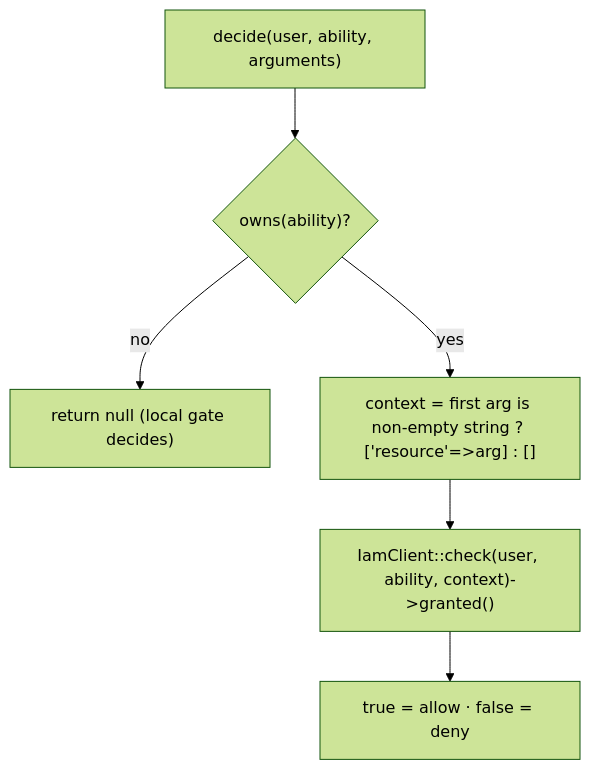
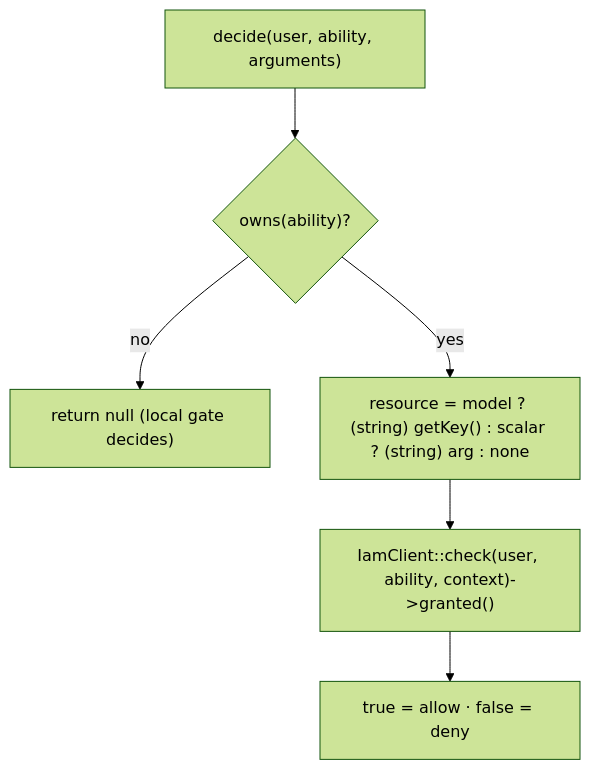
Before and after one commit to padosoft/laravel-iam-client: the diagram in docs-site/docs/reference/middleware-and-gate.md, drawn with Mermaid (forest theme). The commit also changed other lines of this file and 5 other files, not shown here.

````diff
--- a/docs-site/docs/reference/middleware-and-gate.md
+++ b/docs-site/docs/reference/middleware-and-gate.md
@@ -102,8 +107,8 @@
 ```mermaid
 flowchart TD
     A["decide(user, ability, arguments)"] --> O{"owns(ability)?"}
     O -->|no| N["return null (local gate decides)"]
-    O -->|yes| C["context = first arg is non-empty string ? ['resource'=>arg] : []"]
+    O -->|yes| C["resource = model ? (string) getKey() : scalar ? (string) arg : none"]
     C --> G["IamClient::check(user, ability, context)->granted()"]
     G --> R["true = allow · false = deny"]
 ```
````
